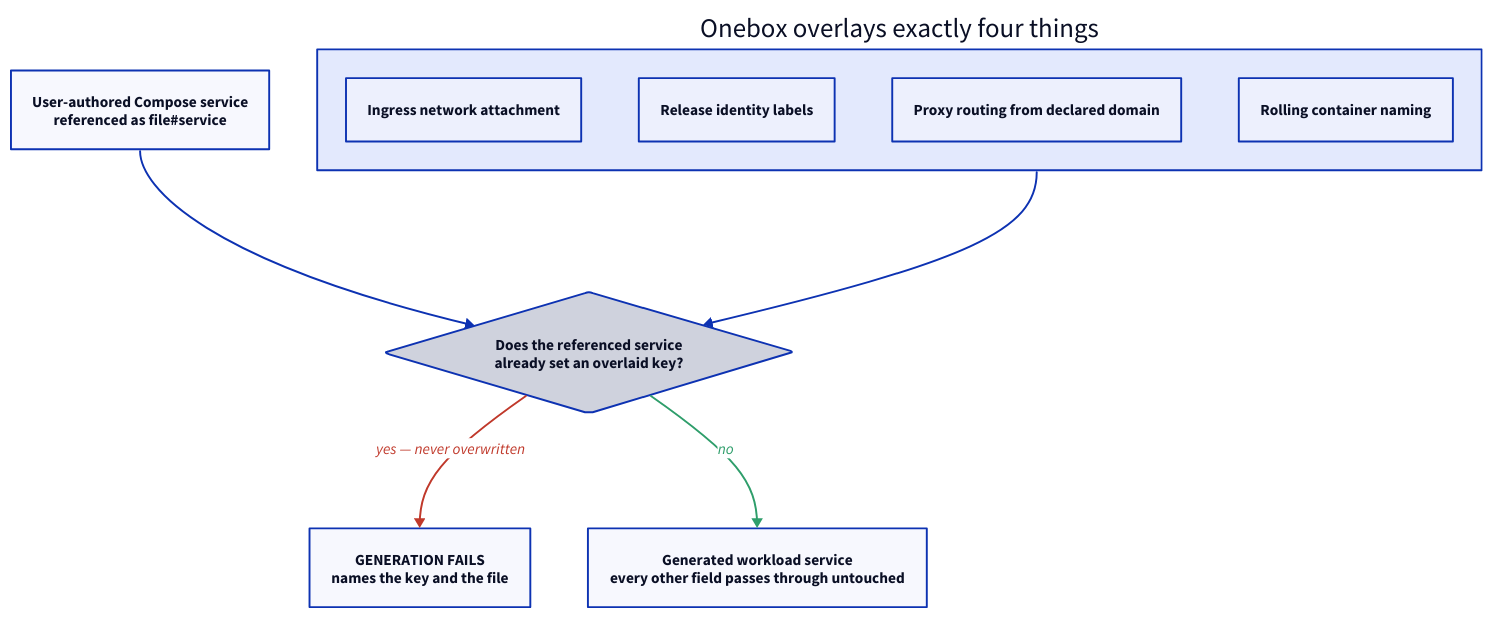
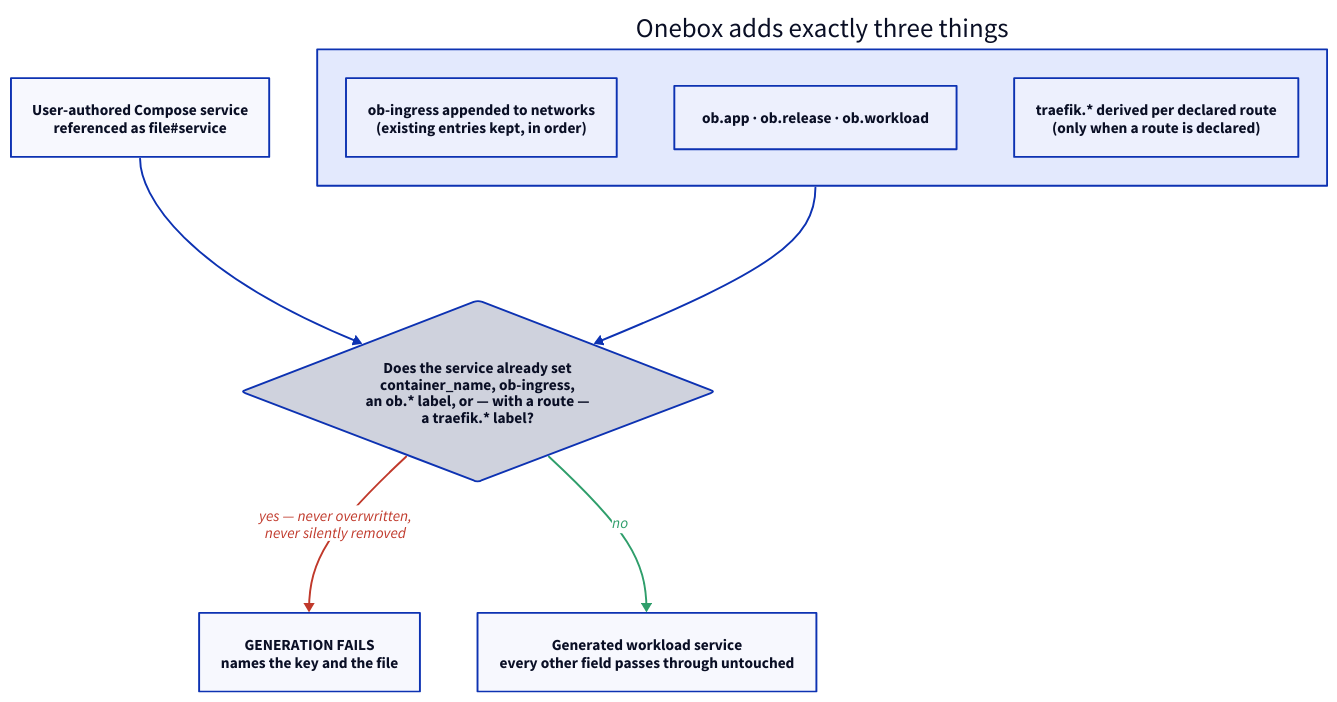
The diagram in openspec/changes/adopt-declarative-project-schema/diagrams/03-merge-boundary.d2 (labstack/onebox), drawn with D2 before and after one commit. The commit also changed 6 other files, not shown here.

First line of the commit message:
docs: close the review findings against the schema contract

```diff
--- a/openspec/changes/adopt-declarative-project-schema/diagrams/03-merge-boundary.d2
+++ b/openspec/changes/adopt-declarative-project-schema/diagrams/03-merge-boundary.d2
@@ -1,41 +1,41 @@
-# The enumerated overlay onto a Compose-referenced workload.
+# The exact overlay onto a Compose-referenced workload.
 #
-# The whole point is that the overlay set is closed: four keys go in, every
-# other field passes through untouched, and a collision on any of the four
-# stops generation rather than winning silently. Drawn with the decision after
-# both inputs so the failure edge reads as the default, not the exception.
+# The whole point is that the set is closed and additive: three things go in,
+# every other field passes through untouched, and a collision stops generation
+# rather than winning silently. container_name is deliberately NOT in the
+# overlay — an earlier draft had Onebox silently remove it, which discards a
+# declaration the user wrote. It is a refusal condition instead.
 #
 # dagre rather than elk: elk placed the two decision edges on the same side and
 # the labels overprinted.
 # d2-layout: dagre
 direction: down
 
 src: "User-authored Compose service\nreferenced as file#service"
 
-overlay: "Onebox overlays exactly four things" {
-  a: "Ingress network attachment"
-  b: "Release identity labels"
-  c: "Proxy routing from declared domain"
-  d: "Rolling container naming"
+overlay: "Onebox adds exactly three things" {
+  a: "ob-ingress appended to networks\n(existing entries kept, in order)"
+  b: "ob.app · ob.release · ob.workload"
+  c: "traefik.* derived per declared route\n(only when a route is declared)"
 }
 
-check: "Does the referenced service\nalready set an overlaid key?" {
+check: "Does the service already set\ncontainer_name, ob-ingress,\nan ob.* label, or — with a route —\na traefik.* label?" {
   shape: diamond
 }
 
 fail: "GENERATION FAILS\nnames the key and the file" {
   style.bold: true
 }
 
 out: "Generated workload service\nevery other field passes through untouched"
 
 src -> check
 overlay -> check
-check -> fail: "yes — never overwritten" {
+check -> fail: "yes — never overwritten,\nnever silently removed" {
   style.stroke: "#c0392b"
   style.font-color: "#c0392b"
 }
 check -> out: "no" {
   style.stroke: "#2f9e6b"
   style.font-color: "#2f9e6b"
 }
```
